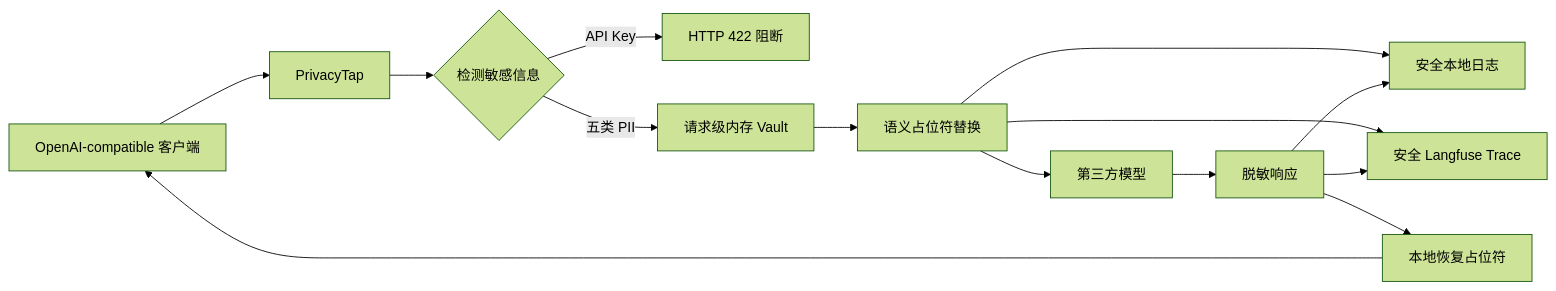
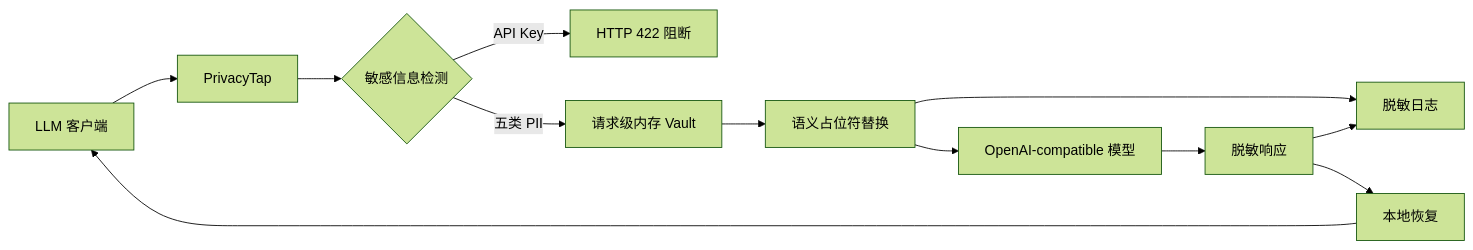
One commit to aRookiehuang/privacyTap changed the diagram in README.md. Above: the diagram before and after it, drawn with Mermaid (forest theme). The commit also changed other lines of this file and 42 other files, not shown here.

Commit message:
refactor: make PrivacyTap a standalone project

````diff
--- a/README.md
+++ b/README.md
@@ -11,16 +11,14 @@
 ```mermaid
 flowchart LR
-    A["OpenAI-compatible 客户端"] --> B["PrivacyTap"]
-    B --> C{"检测敏感信息"}
+    A["LLM 客户端"] --> B["PrivacyTap"]
+    B --> C{"敏感信息检测"}
     C -->|"API Key"| X["HTTP 422 阻断"]
     C -->|"五类 PII"| D["请求级内存 Vault"]
     D --> E["语义占位符替换"]
-    E --> F["第三方模型"]
-    E --> G["安全本地日志"]
-    E --> H["安全 Langfuse Trace"]
-    F --> I["脱敏响应"]
-    I --> G
-    I --> H
-    I --> J["本地恢复占位符"]
-    J --> A
+    E --> F["OpenAI-compatible 模型"]
+    E --> G["脱敏日志"]
+    F --> H["脱敏响应"]
+    H --> G
+    H --> I["本地恢复"]
+    I --> A
 ```
````
